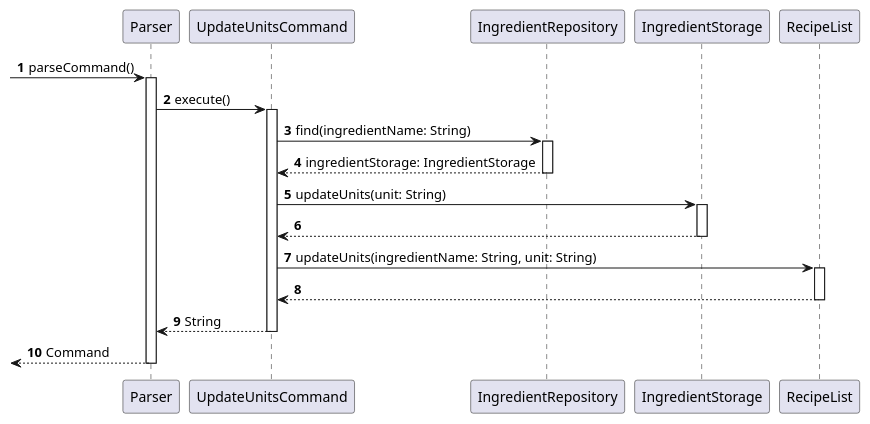
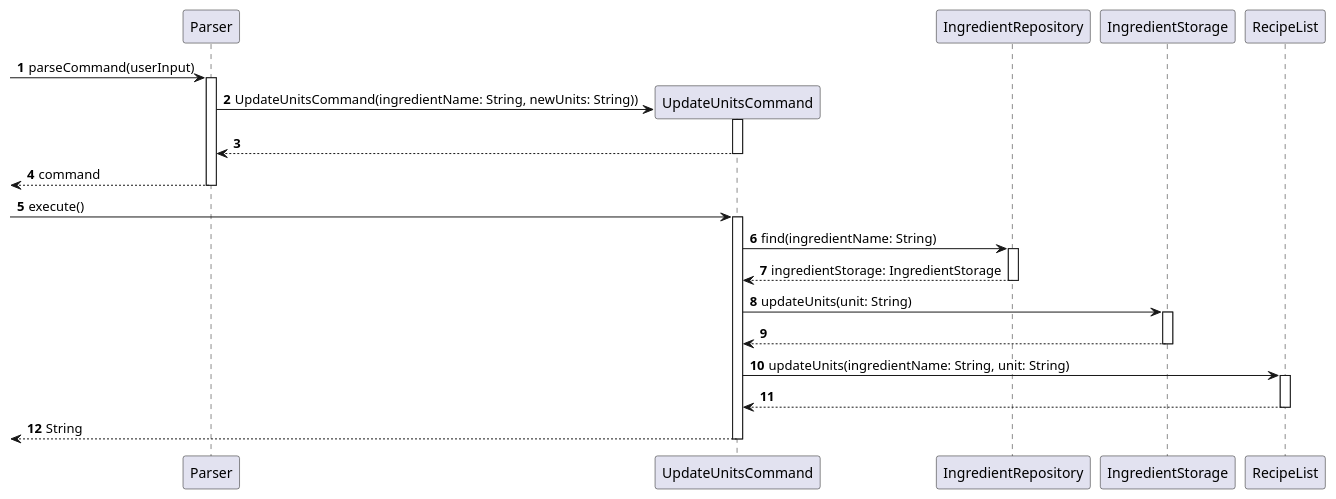
One commit to nus-cs2113-AY2122S1/tp changed the diagram in docs/diagrams/UpdateUnits.puml. Above: the diagram before and after it, drawn with PlantUML. The commit also changed 8 other files, not shown here.

Commit message:
Update sequence diagram for DeleteExpiredIngredients Update  sequence diagram for List Update  sequence diagram for ListIngredientsExpired Update sequence diagram for ShoppingList Update  sequence diagram for UpdateUnits Update sequence diagram for ViewIngredient

```diff
--- a/docs/diagrams/UpdateUnits.puml
+++ b/docs/diagrams/UpdateUnits.puml
@@ -1,36 +1,40 @@
 @startuml
 'https://plantuml.com/sequence-diagram
 
 autonumber
 
--> Parser: parseCommand()
+-> Parser: parseCommand(userInput)
 activate Parser
 
-Parser -> UpdateUnitsCommand: execute()
+create UpdateUnitsCommand
+Parser -> UpdateUnitsCommand : UpdateUnitsCommand(ingredientName: String, newUnits: String))
+activate UpdateUnitsCommand
+
+return
+return command
+
+-> UpdateUnitsCommand: execute()
 activate UpdateUnitsCommand
 
 UpdateUnitsCommand -> IngredientRepository: find(ingredientName: String)
 activate IngredientRepository
 
 IngredientRepository --> UpdateUnitsCommand: ingredientStorage: IngredientStorage
 deactivate IngredientRepository
 
 UpdateUnitsCommand -> IngredientStorage: updateUnits(unit: String)
 activate IngredientStorage
 
 IngredientStorage --> UpdateUnitsCommand
 deactivate IngredientStorage
 
 UpdateUnitsCommand -> RecipeList: updateUnits(ingredientName: String, unit: String)
 activate RecipeList
 
 RecipeList --> UpdateUnitsCommand:
 deactivate RecipeList
 
-UpdateUnitsCommand --> Parser: String
+<-- UpdateUnitsCommand: String
 deactivate UpdateUnitsCommand
 
-<-- Parser: Command
-deactivate Parser
-
 @enduml
```
